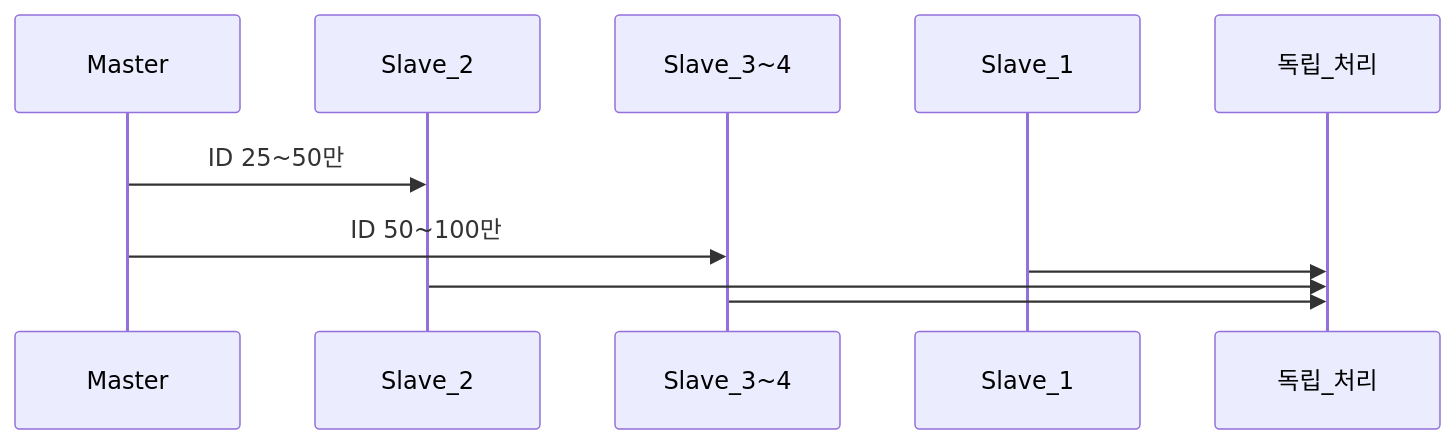
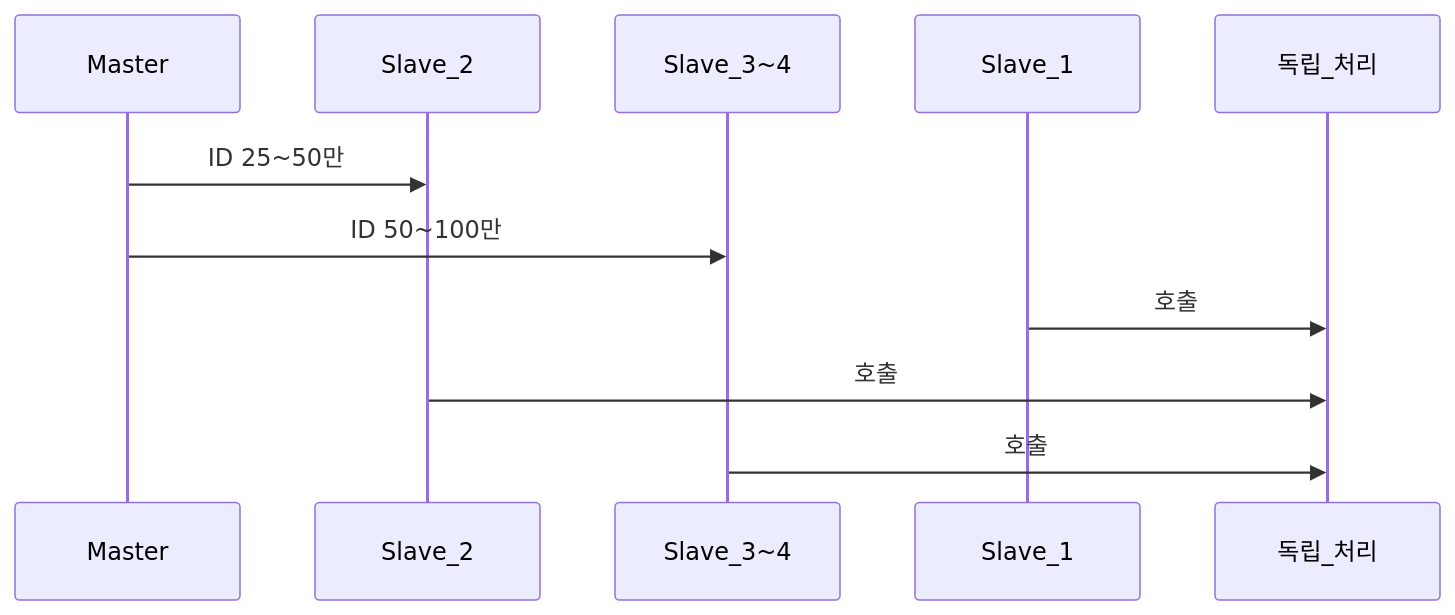
Before and after one commit to yjkim2015/yjkim2015.github.io: the third of 6 diagrams in _posts/batch/2026-05-03-spring-batch-partitioning.md, drawn with Mermaid. The commit also changed other lines of this file and 85 other files, not shown here.

First line of the commit message:
sequenceDiagram 문법 에러 2차 수정 169개 (86파일)

````diff
--- a/_posts/batch/2026-05-03-spring-batch-partitioning.md
+++ b/_posts/batch/2026-05-03-spring-batch-partitioning.md
@@ -169,8 +169,8 @@
 ```mermaid
 sequenceDiagram
     Master->>Slave_2: ID 25~50만
     Master->>Slave_3~4: ID 50~100만
-    Slave_1->>독립_처리:
-    Slave_2->>독립_처리:
-    Slave_3~4->>독립_처리:
+    Slave_1->>독립_처리: 호출
+    Slave_2->>독립_처리: 호출
+    Slave_3~4->>독립_처리: 호출
 ```
````
